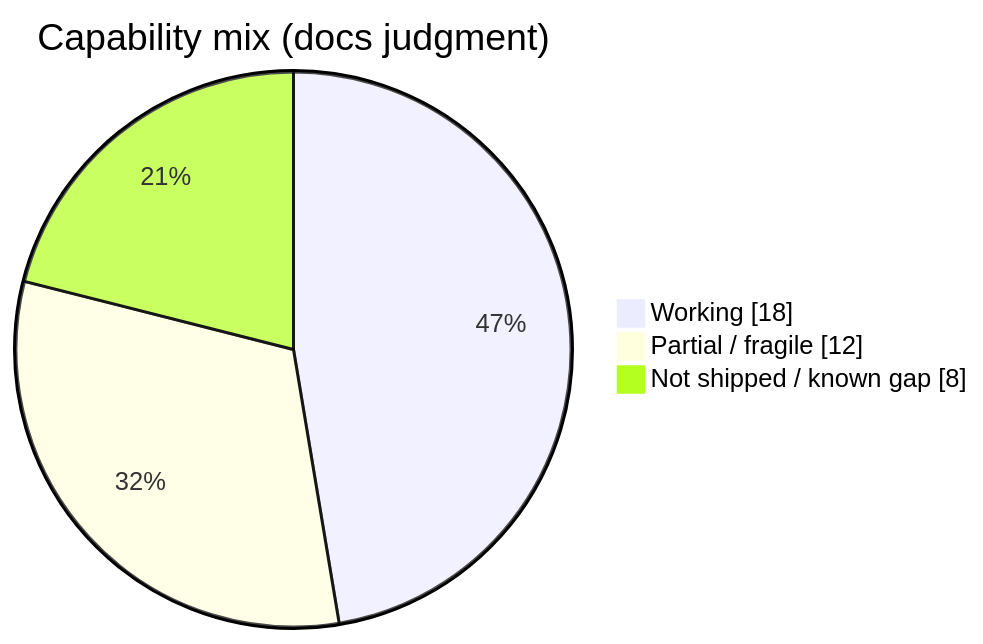
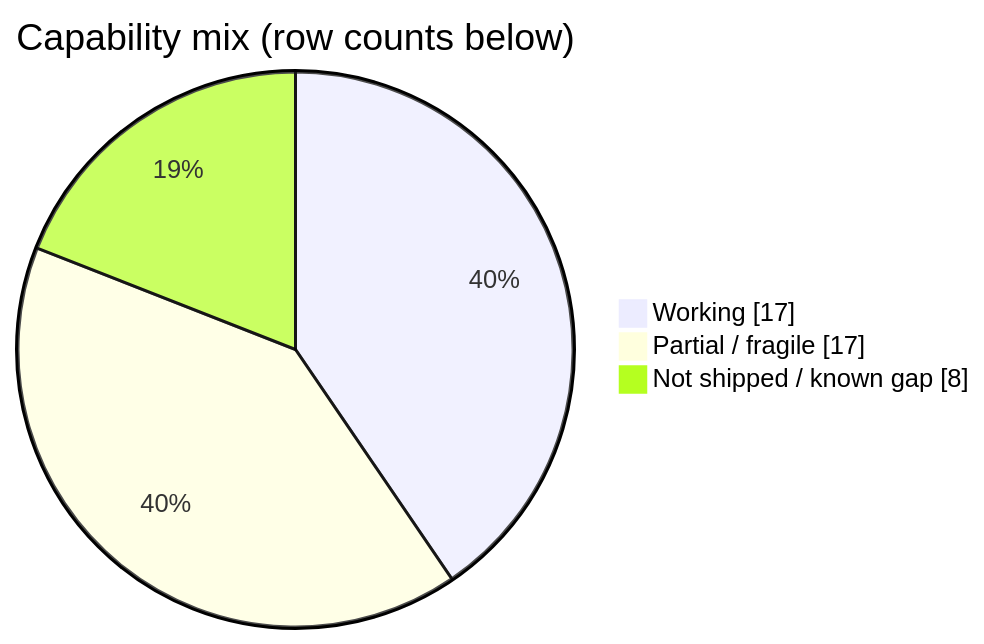
The first of 2 diagrams in docs/status.md (ndolinschi/Octo), drawn with Mermaid before and after one commit. The commit also changed other lines of this file and 4 other files, not shown here.

````diff
--- a/docs/status.md
+++ b/docs/status.md
@@ -7,7 +7,7 @@
 ```mermaid
 pie showData
-  title Capability mix (docs judgment)
-  "Working" : 18
-  "Partial / fragile" : 12
+  title Capability mix (row counts below)
+  "Working" : 17
+  "Partial / fragile" : 17
   "Not shipped / known gap" : 8
 ```
````
